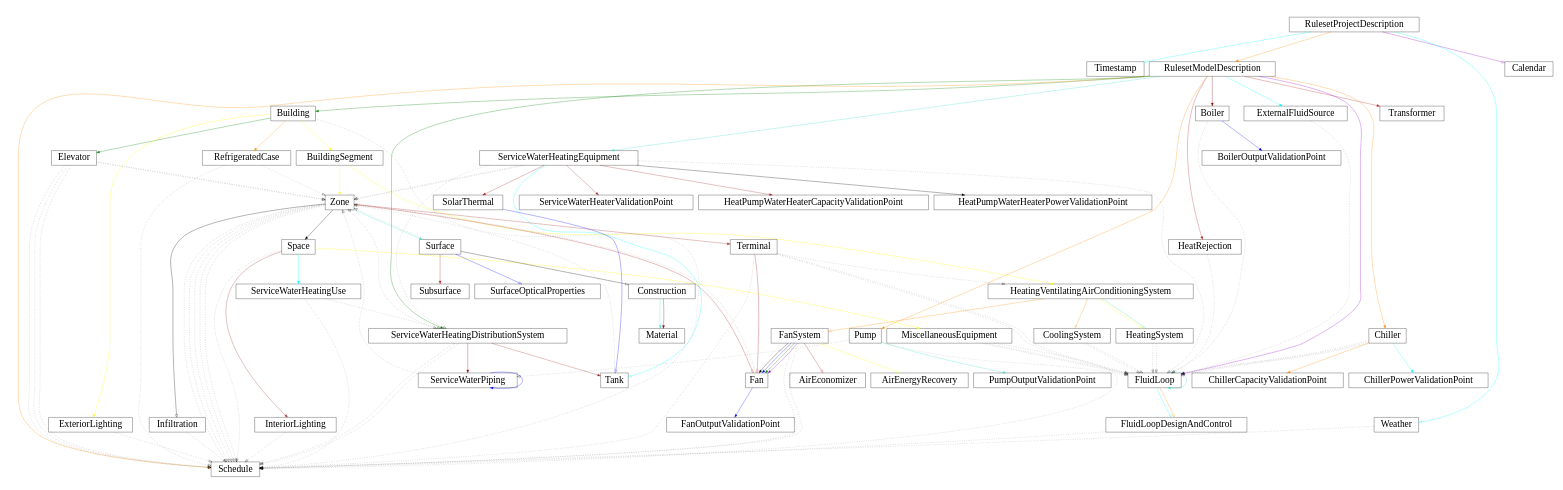
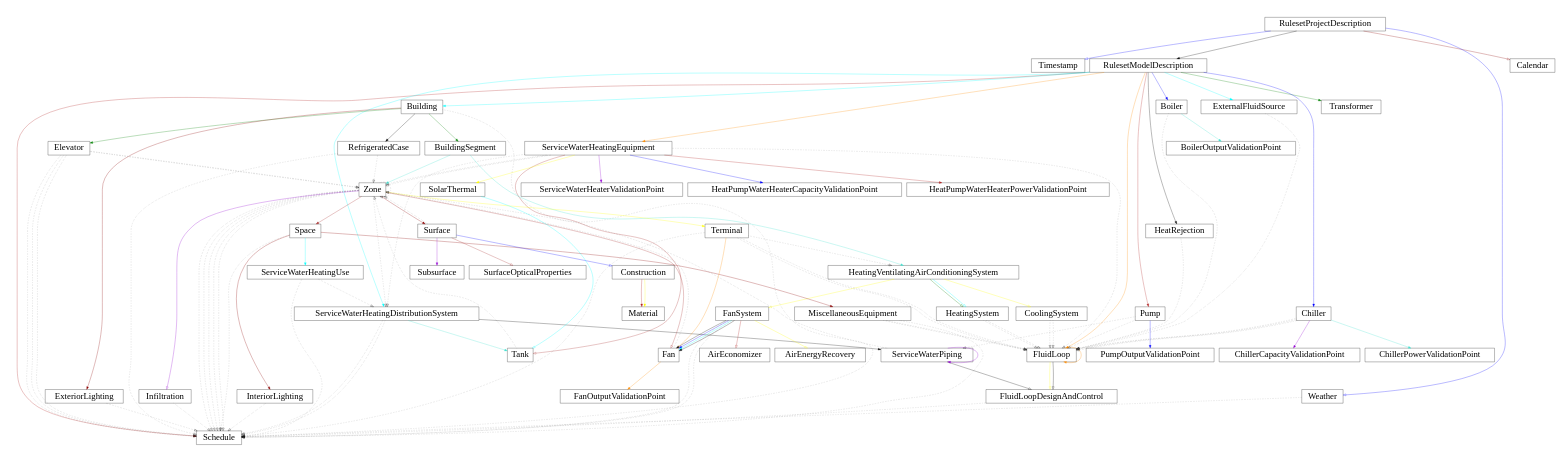
The diagram in docs229/ASHRAE229_connect.gv (open229/ruleset-model-report-schema), drawn with Graphviz before and after one commit. The commit also changed 22 other files, not shown here.

```diff
--- a/docs229/ASHRAE229_connect.gv
+++ b/docs229/ASHRAE229_connect.gv
@@ -1,171 +1,172 @@
 digraph G {
     size="10, 10";
     ranksep="1.4";
-  RulesetProjectDescription -> Timestamp [arrowhead=empty color="cyan"]
+  RulesetProjectDescription -> Timestamp [arrowhead=empty color="blue"]
   RulesetProjectDescription[fontsize="32" shape="box" height="0.7"]
   Timestamp[fontsize="32" shape="box" height="0.7"]
-  RulesetProjectDescription -> RulesetModelDescription [color="darkorange"]
+  RulesetProjectDescription -> RulesetModelDescription [color="black"]
   RulesetModelDescription[fontsize="32" shape="box" height="0.7"]
-  RulesetProjectDescription -> Calendar [arrowhead=empty color="darkviolet"]
+  RulesetProjectDescription -> Calendar [arrowhead=empty color="darkred"]
   Calendar[fontsize="32" shape="box" height="0.7"]
-  RulesetProjectDescription -> Weather [arrowhead=empty color="cyan"]
+  RulesetProjectDescription -> Weather [arrowhead=empty color="blue"]
   Weather[fontsize="32" shape="box" height="0.7"]
-  RulesetModelDescription -> Transformer [color="firebrick"]
+  RulesetModelDescription -> Transformer [color="green"]
   Transformer[fontsize="32" shape="box" height="0.7"]
-  RulesetModelDescription -> Building [color="green"]
+  RulesetModelDescription -> Building [color="cyan"]
   Building[fontsize="32" shape="box" height="0.7"]
-  RulesetModelDescription -> Schedule [color="darkorange"]
+  RulesetModelDescription -> Schedule [color="firebrick"]
   Schedule[fontsize="32" shape="box" height="0.7"]
-  RulesetModelDescription -> FluidLoop [color="darkviolet"]
+  RulesetModelDescription -> FluidLoop [color="darkorange"]
   FluidLoop[fontsize="32" shape="box" height="0.7"]
-  RulesetModelDescription -> ServiceWaterHeatingDistributionSystem [color="green"]
+  RulesetModelDescription -> ServiceWaterHeatingDistributionSystem [color="cyan"]
   ServiceWaterHeatingDistributionSystem[fontsize="32" shape="box" height="0.7"]
-  RulesetModelDescription -> ServiceWaterHeatingEquipment [color="turquoise"]
+  RulesetModelDescription -> ServiceWaterHeatingEquipment [color="darkorange"]
   ServiceWaterHeatingEquipment[fontsize="32" shape="box" height="0.7"]
-  RulesetModelDescription -> Pump [color="darkorange"]
+  RulesetModelDescription -> Pump [color="firebrick"]
   Pump[fontsize="32" shape="box" height="0.7"]
-  RulesetModelDescription -> Boiler [color="darkred"]
+  RulesetModelDescription -> Boiler [color="blue"]
   Boiler[fontsize="32" shape="box" height="0.7"]
-  RulesetModelDescription -> Chiller [color="darkorange"]
+  RulesetModelDescription -> Chiller [color="blue"]
   Chiller[fontsize="32" shape="box" height="0.7"]
-  RulesetModelDescription -> HeatRejection [color="firebrick"]
+  RulesetModelDescription -> HeatRejection [color="black"]
   HeatRejection[fontsize="32" shape="box" height="0.7"]
   RulesetModelDescription -> ExternalFluidSource [color="cyan"]
   ExternalFluidSource[fontsize="32" shape="box" height="0.7"]
-  Building -> BuildingSegment [color="yellow"]
+  Building -> BuildingSegment [color="green"]
   BuildingSegment[fontsize="32" shape="box" height="0.7"]
   Building -> Elevator [color="green"]
   Elevator[fontsize="32" shape="box" height="0.7"]
-  Building -> ExteriorLighting [color="yellow"]
+  Building -> ExteriorLighting [color="darkred"]
   ExteriorLighting[fontsize="32" shape="box" height="0.7"]
-  Building -> RefrigeratedCase [color="darkorange"]
+  Building -> RefrigeratedCase [color="black"]
   RefrigeratedCase[fontsize="32" shape="box" height="0.7"]
   Building -> Schedule [style=dotted arrowhead=empty] 
-  BuildingSegment -> Zone [color="yellow"]
+  BuildingSegment -> Zone [color="turquoise"]
   Zone[fontsize="32" shape="box" height="0.7"]
-  BuildingSegment -> HeatingVentilatingAirConditioningSystem [color="yellow"]
+  BuildingSegment -> HeatingVentilatingAirConditioningSystem [color="turquoise"]
   HeatingVentilatingAirConditioningSystem[fontsize="32" shape="box" height="0.7"]
-  Zone -> Space [color="black"]
+  Zone -> Space [color="brown"]
   Space[fontsize="32" shape="box" height="0.7"]
-  Zone -> Surface [color="turquoise"]
+  Zone -> Surface [color="darkred"]
   Surface[fontsize="32" shape="box" height="0.7"]
-  Zone -> Infiltration [arrowhead=empty color="black"]
+  Zone -> Infiltration [arrowhead=empty color="darkviolet"]
   Infiltration[fontsize="32" shape="box" height="0.7"]
   Zone -> Schedule [style=dotted arrowhead=empty] 
   Zone -> Schedule [style=dotted arrowhead=empty] 
   Zone -> Schedule [style=dotted arrowhead=empty] 
   Zone -> Schedule [style=dotted arrowhead=empty] 
-  Zone -> Terminal [color="brown"]
+  Zone -> Terminal [color="yellow"]
   Terminal[fontsize="32" shape="box" height="0.7"]
   Zone -> ServiceWaterHeatingDistributionSystem [style=dotted arrowhead=empty] 
   Zone -> Zone [style=dotted arrowhead=empty] 
-  Zone -> Fan [arrowhead=empty color="firebrick"]
+  Zone -> Fan [arrowhead=empty color="brown"]
   Fan[fontsize="32" shape="box" height="0.7"]
   Zone -> Schedule [style=dotted arrowhead=empty] 
-  Space -> InteriorLighting [color="brown"]
+  Space -> InteriorLighting [color="darkred"]
   InteriorLighting[fontsize="32" shape="box" height="0.7"]
-  Space -> MiscellaneousEquipment [color="yellow"]
+  Space -> MiscellaneousEquipment [color="darkred"]
   MiscellaneousEquipment[fontsize="32" shape="box" height="0.7"]
   Space -> Schedule [style=dotted arrowhead=empty] 
   Space -> ServiceWaterHeatingUse [color="cyan"]
   ServiceWaterHeatingUse[fontsize="32" shape="box" height="0.7"]
   Infiltration -> Schedule [style=dotted arrowhead=empty] 
-  Surface -> Subsurface [color="firebrick"]
+  Surface -> Subsurface [color="darkviolet"]
   Subsurface[fontsize="32" shape="box" height="0.7"]
   Surface -> Zone [style=dotted arrowhead=empty] 
-  Surface -> Construction [arrowhead=empty color="black"]
+  Surface -> Construction [arrowhead=empty color="blue"]
   Construction[fontsize="32" shape="box" height="0.7"]
-  Surface -> SurfaceOpticalProperties [arrowhead=empty color="blue"]
+  Surface -> SurfaceOpticalProperties [arrowhead=empty color="brown"]
   SurfaceOpticalProperties[fontsize="32" shape="box" height="0.7"]
-  Construction -> Material [color="turquoise"]
+  Construction -> Material [color="firebrick"]
   Material[fontsize="32" shape="box" height="0.7"]
-  Construction -> Material [color="darkred"]
+  Construction -> Material [color="yellow"]
   InteriorLighting -> Schedule [style=dotted arrowhead=empty] 
   MiscellaneousEquipment -> Schedule [style=dotted arrowhead=empty] 
   MiscellaneousEquipment -> FluidLoop [style=dotted arrowhead=empty] 
   MiscellaneousEquipment -> FluidLoop [style=dotted arrowhead=empty] 
   Weather -> Schedule [style=dotted arrowhead=empty] 
   Elevator -> Zone [style=dotted arrowhead=empty] 
   Elevator -> Zone [style=dotted arrowhead=empty] 
   Elevator -> Schedule [style=dotted arrowhead=empty] 
   Elevator -> Schedule [style=dotted arrowhead=empty] 
   Elevator -> Schedule [style=dotted arrowhead=empty] 
-  HeatingVentilatingAirConditioningSystem -> FanSystem [arrowhead=empty color="darkorange"]
+  HeatingVentilatingAirConditioningSystem -> FanSystem [arrowhead=empty color="yellow"]
   FanSystem[fontsize="32" shape="box" height="0.7"]
-  HeatingVentilatingAirConditioningSystem -> HeatingSystem [arrowhead=empty color="yellow"]
+  HeatingVentilatingAirConditioningSystem -> HeatingSystem [arrowhead=empty color="green"]
   HeatingSystem[fontsize="32" shape="box" height="0.7"]
-  HeatingVentilatingAirConditioningSystem -> CoolingSystem [arrowhead=empty color="darkorange"]
+  HeatingVentilatingAirConditioningSystem -> CoolingSystem [arrowhead=empty color="yellow"]
   CoolingSystem[fontsize="32" shape="box" height="0.7"]
-  HeatingVentilatingAirConditioningSystem -> HeatingSystem [arrowhead=empty color="turquoise"]
+  HeatingVentilatingAirConditioningSystem -> HeatingSystem [arrowhead=empty color="cyan"]
   HeatingSystem -> FluidLoop [style=dotted arrowhead=empty] 
   HeatingSystem -> FluidLoop [style=dotted arrowhead=empty] 
   CoolingSystem -> FluidLoop [style=dotted arrowhead=empty] 
   CoolingSystem -> FluidLoop [style=dotted arrowhead=empty] 
   FanSystem -> Fan [color="black"]
   FanSystem -> Fan [color="blue"]
-  FanSystem -> Fan [color="green"]
-  FanSystem -> Fan [color="darkviolet"]
+  FanSystem -> Fan [color="cyan"]
+  FanSystem -> Fan [color="black"]
   FanSystem -> AirEconomizer [arrowhead=empty color="firebrick"]
   AirEconomizer[fontsize="32" shape="box" height="0.7"]
   FanSystem -> AirEnergyRecovery [arrowhead=empty color="yellow"]
   AirEnergyRecovery[fontsize="32" shape="box" height="0.7"]
   FanSystem -> Schedule [style=dotted arrowhead=empty] 
   FanSystem -> Schedule [style=dotted arrowhead=empty] 
   Fan -> Zone [style=dotted arrowhead=empty] 
-  Fan -> FanOutputValidationPoint [color="blue"]
+  Fan -> FanOutputValidationPoint [color="darkorange"]
   FanOutputValidationPoint[fontsize="32" shape="box" height="0.7"]
   Terminal -> HeatingVentilatingAirConditioningSystem [style=dotted arrowhead=empty] 
   Terminal -> FluidLoop [style=dotted arrowhead=empty] 
   Terminal -> FluidLoop [style=dotted arrowhead=empty] 
-  Terminal -> Fan [arrowhead=empty color="firebrick"]
+  Terminal -> Fan [arrowhead=empty color="darkorange"]
   Terminal -> Schedule [style=dotted arrowhead=empty] 
-  FluidLoop -> FluidLoop [color="turquoise"]
-  FluidLoop -> FluidLoopDesignAndControl [arrowhead=empty color="cyan"]
+  FluidLoop -> FluidLoop [color="darkorange"]
+  FluidLoop -> FluidLoopDesignAndControl [arrowhead=empty color="yellow"]
   FluidLoopDesignAndControl[fontsize="32" shape="box" height="0.7"]
-  FluidLoop -> FluidLoopDesignAndControl [arrowhead=empty color="darkorange"]
+  FluidLoop -> FluidLoopDesignAndControl [arrowhead=empty color="black"]
   FluidLoopDesignAndControl -> Schedule [style=dotted arrowhead=empty] 
   Pump -> FluidLoop [style=dotted arrowhead=empty] 
   Pump -> ServiceWaterPiping [style=dotted arrowhead=empty] 
   ServiceWaterPiping[fontsize="32" shape="box" height="0.7"]
-  Pump -> PumpOutputValidationPoint [color="turquoise"]
+  Pump -> PumpOutputValidationPoint [color="blue"]
   PumpOutputValidationPoint[fontsize="32" shape="box" height="0.7"]
   Boiler -> FluidLoop [style=dotted arrowhead=empty] 
-  Boiler -> BoilerOutputValidationPoint [color="blue"]
+  Boiler -> BoilerOutputValidationPoint [color="turquoise"]
   BoilerOutputValidationPoint[fontsize="32" shape="box" height="0.7"]
   Chiller -> FluidLoop [style=dotted arrowhead=empty] 
   Chiller -> FluidLoop [style=dotted arrowhead=empty] 
-  Chiller -> ChillerCapacityValidationPoint [color="darkorange"]
+  Chiller -> ChillerCapacityValidationPoint [color="darkviolet"]
   ChillerCapacityValidationPoint[fontsize="32" shape="box" height="0.7"]
-  Chiller -> ChillerPowerValidationPoint [color="cyan"]
+  Chiller -> ChillerPowerValidationPoint [color="turquoise"]
   ChillerPowerValidationPoint[fontsize="32" shape="box" height="0.7"]
   Chiller -> FluidLoop [style=dotted arrowhead=empty] 
   HeatRejection -> FluidLoop [style=dotted arrowhead=empty] 
   ExternalFluidSource -> FluidLoop [style=dotted arrowhead=empty] 
-  ServiceWaterHeatingDistributionSystem -> Tank [color="brown"]
+  ServiceWaterHeatingDistributionSystem -> Tank [color="turquoise"]
   Tank[fontsize="32" shape="box" height="0.7"]
-  ServiceWaterHeatingDistributionSystem -> ServiceWaterPiping [color="darkred"]
+  ServiceWaterHeatingDistributionSystem -> ServiceWaterPiping [color="black"]
   ServiceWaterHeatingDistributionSystem -> Schedule [style=dotted arrowhead=empty] 
   ServiceWaterHeatingDistributionSystem -> Schedule [style=dotted arrowhead=empty] 
   ServiceWaterPiping -> Zone [style=dotted arrowhead=empty] 
-  ServiceWaterPiping -> ServiceWaterPiping [color="blue"]
-  SolarThermal -> Tank [arrowhead=empty color="blue"]
+  ServiceWaterPiping -> ServiceWaterPiping [color="darkviolet"]
+  ServiceWaterPiping -> FluidLoopDesignAndControl [arrowhead=empty color="black"]
+  SolarThermal -> Tank [arrowhead=empty color="cyan"]
   SolarThermal[fontsize="32" shape="box" height="0.7"]
   ServiceWaterHeatingEquipment -> ServiceWaterHeatingDistributionSystem [style=dotted arrowhead=empty] 
-  ServiceWaterHeatingEquipment -> ServiceWaterHeaterValidationPoint [color="brown"]
+  ServiceWaterHeatingEquipment -> ServiceWaterHeaterValidationPoint [color="darkviolet"]
   ServiceWaterHeaterValidationPoint[fontsize="32" shape="box" height="0.7"]
   ServiceWaterHeatingEquipment -> Zone [style=dotted arrowhead=empty] 
   ServiceWaterHeatingEquipment -> Zone [style=dotted arrowhead=empty] 
-  ServiceWaterHeatingEquipment -> HeatPumpWaterHeaterCapacityValidationPoint [color="brown"]
+  ServiceWaterHeatingEquipment -> HeatPumpWaterHeaterCapacityValidationPoint [color="blue"]
   HeatPumpWaterHeaterCapacityValidationPoint[fontsize="32" shape="box" height="0.7"]
-  ServiceWaterHeatingEquipment -> HeatPumpWaterHeaterPowerValidationPoint [color="black"]
+  ServiceWaterHeatingEquipment -> HeatPumpWaterHeaterPowerValidationPoint [color="firebrick"]
   HeatPumpWaterHeaterPowerValidationPoint[fontsize="32" shape="box" height="0.7"]
-  ServiceWaterHeatingEquipment -> Tank [arrowhead=empty color="cyan"]
-  ServiceWaterHeatingEquipment -> SolarThermal [color="firebrick"]
+  ServiceWaterHeatingEquipment -> Tank [arrowhead=empty color="brown"]
+  ServiceWaterHeatingEquipment -> SolarThermal [color="yellow"]
   ServiceWaterHeatingEquipment -> FluidLoop [style=dotted arrowhead=empty] 
   Tank -> Zone [style=dotted arrowhead=empty] 
   ServiceWaterHeatingUse -> ServiceWaterHeatingDistributionSystem [style=dotted arrowhead=empty] 
   ServiceWaterHeatingUse -> Schedule [style=dotted arrowhead=empty] 
   ExteriorLighting -> Schedule [style=dotted arrowhead=empty] 
   RefrigeratedCase -> Schedule [style=dotted arrowhead=empty] 
   RefrigeratedCase -> Zone [style=dotted arrowhead=empty] 
 }
```
